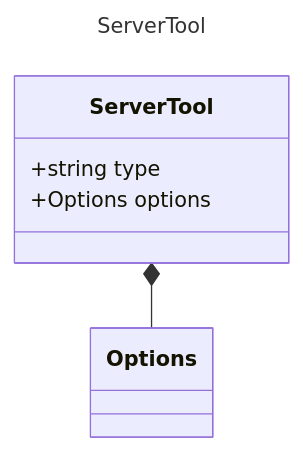
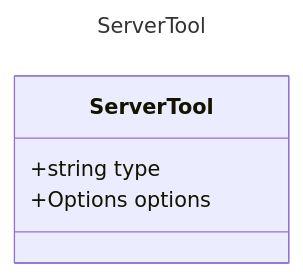
One commit to microsoft/prompty changed the diagram in specification/prompty/docs/ServerTool.md. Above: the diagram before and after it, drawn with Mermaid. The commit also changed 22 other files, not shown here.

Commit message:
corrected class diagrams

````diff
--- a/specification/prompty/docs/ServerTool.md
+++ b/specification/prompty/docs/ServerTool.md
@@ -11,11 +11,10 @@
 ```mermaid
 ---
 title: ServerTool
 ---
 classDiagram
     class ServerTool {
         +string type
         +Options options
     }
-    ServerTool *-- Options
 ```
````
